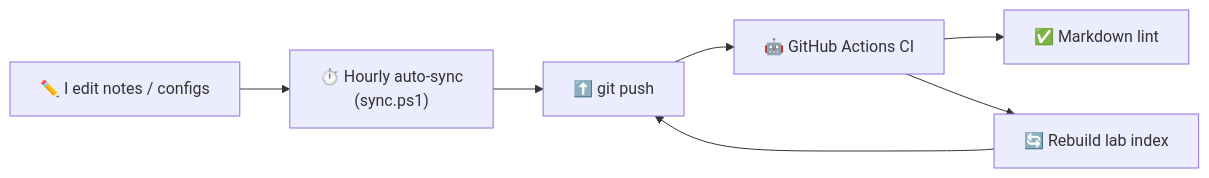
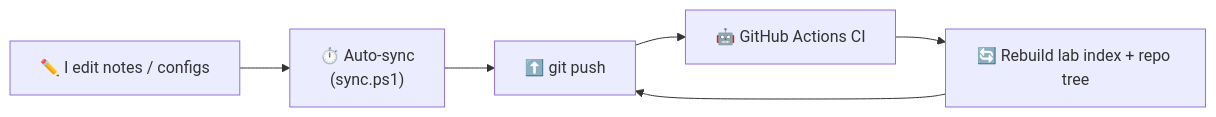
The second of 2 diagrams in README.md (Ahnafshariar/CCNP-ENCOR-Preparation), drawn with Mermaid before and after one commit. The commit also changed other lines of this file, not shown here.

````diff
--- a/README.md
+++ b/README.md
@@ -151,9 +154,8 @@
 ```mermaid
 graph LR
-    A["✏️ I edit notes / configs"] --> B["⏱️ Hourly auto-sync<br/>(sync.ps1)"]
+    A["✏️ I edit notes / configs"] --> B["⏱️ Auto-sync<br/>(sync.ps1)"]
     B --> C["⬆️ git push"]
     C --> D["🤖 GitHub Actions CI"]
-    D --> E["✅ Markdown lint"]
-    D --> F["🔄 Rebuild lab index"]
+    D --> F["🔄 Rebuild lab index + repo tree"]
     F --> C
 ```
````
